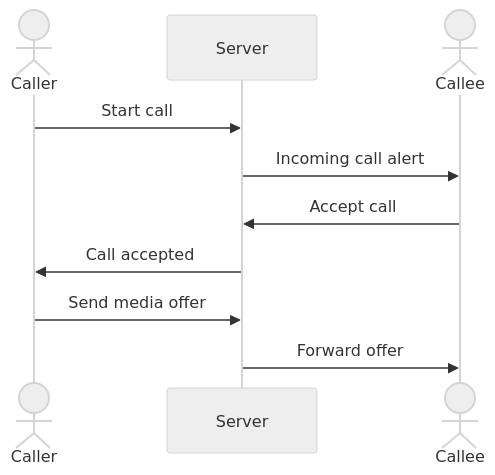
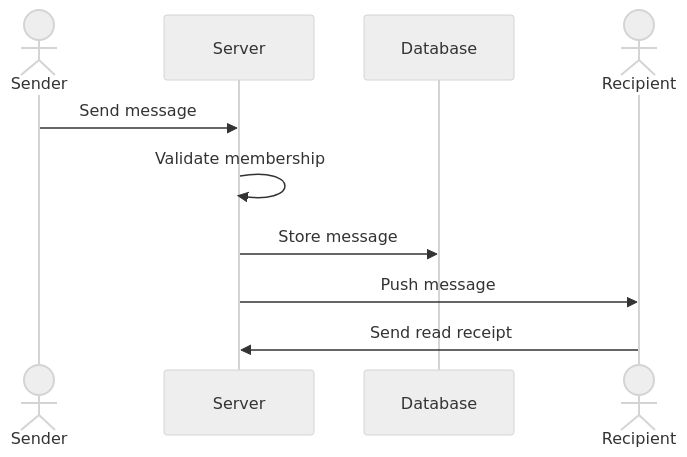
The third of 4 diagrams in server/README.md (obed-smart/Huddle), drawn with Mermaid (neutral theme) before and after one commit. The commit also changed other lines of this file, not shown here.

````diff
--- a/server/README.md
+++ b/server/README.md
@@ -62,13 +60,13 @@
 ```mermaid
 sequenceDiagram
-  actor Caller
-  participant Server
-  actor Callee
+    actor Sender
+    participant Server
+    participant DB as Database
+    actor Recipient
 
-  Caller->>Server: Start call
-  Server->>Callee: Incoming call alert
-  Callee->>Server: Accept call
-  Server->>Caller: Call accepted
-  Caller->>Server: Send media offer
-  Server->>Callee: Forward offer
+    Sender->>Server: Send message
+    Server->>Server: Validate membership
+    Server->>DB: Store message
+    Server->>Recipient: Push message
+    Recipient->>Server: Send read receipt
 ```
````
